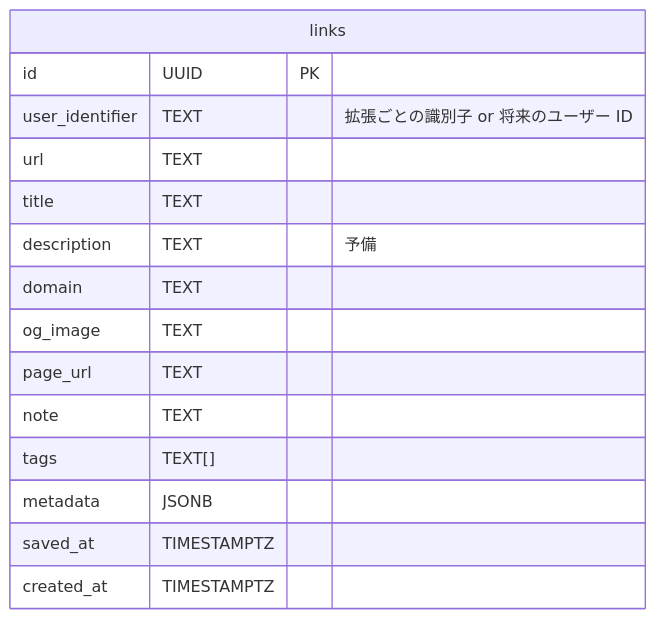
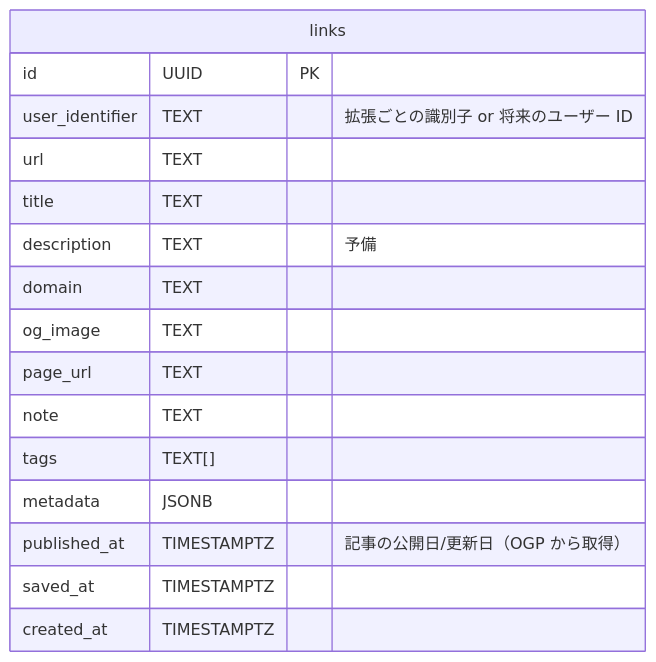
Before and after one commit to lvncer/quicklinks: the first of 7 diagrams in documents/architecture.md, drawn with Mermaid. The commit also changed other lines of this file and 2 other files, not shown here.

First line of the commit message:
docs: Update documentation for published date feature

````diff
--- a/documents/architecture.md
+++ b/documents/architecture.md
@@ -86,18 +89,19 @@
     ```mermaid
     erDiagram
       links {
         id UUID PK
         user_identifier TEXT "拡張ごとの識別子 or 将来のユーザー ID"
         url TEXT
         title TEXT
         description TEXT "予備"
         domain TEXT
         og_image TEXT
         page_url TEXT
         note TEXT
         tags TEXT[]
         metadata JSONB
+        published_at TIMESTAMPTZ "記事の公開日/更新日（OGP から取得）"
         saved_at TIMESTAMPTZ
         created_at TIMESTAMPTZ
       }
     ```
````
